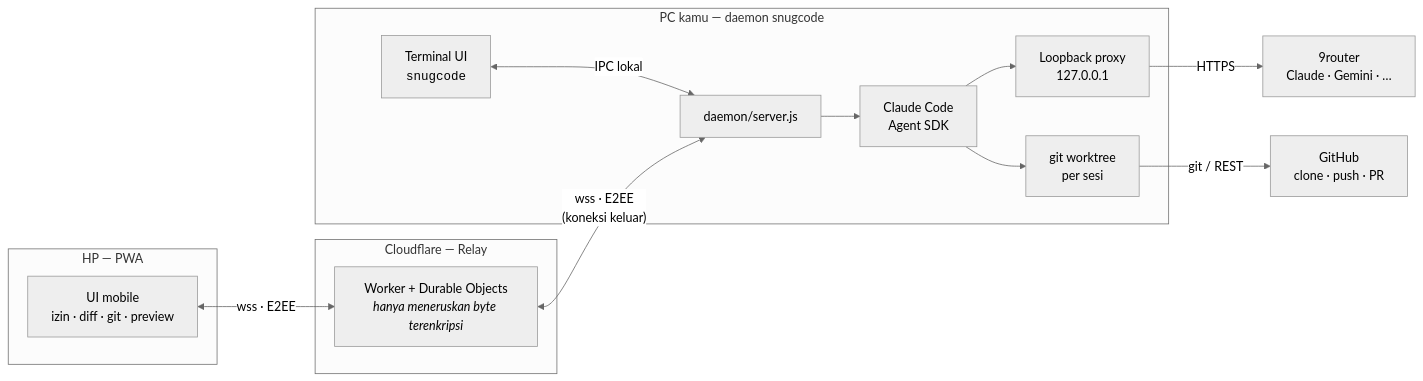
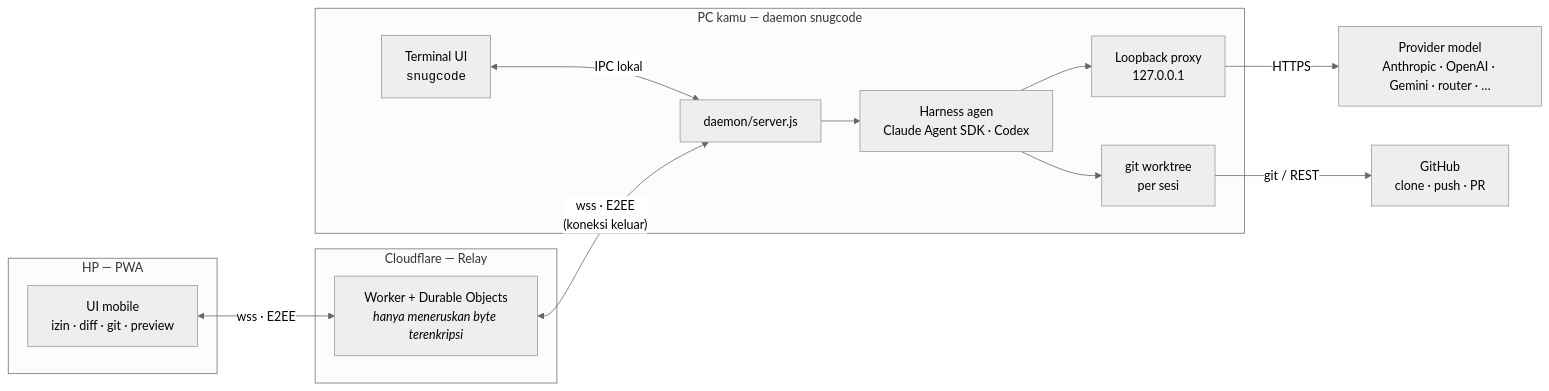
Before and after one commit to arfakaisar/snugcode: the first of 6 diagrams in README.md, drawn with Mermaid (neutral theme). The commit also changed other lines of this file and 5 other files, not shown here.

First line of the commit message:
feat: mode rencana Codex lewat profil read-only, dokumentasi koneksi multi-provider & engine

````diff
--- a/README.md
+++ b/README.md
@@ -229,29 +231,29 @@
 ```mermaid
 flowchart LR
     subgraph HP["HP — PWA"]
         UI["UI mobile<br/>izin · diff · git · preview"]
     end
 
     subgraph CF["Cloudflare — Relay"]
         R["Worker + Durable Objects<br/><i>hanya meneruskan byte terenkripsi</i>"]
     end
 
     subgraph PC["PC kamu — daemon snugcode"]
         D["daemon/server.js"]
-        A["Claude Code<br/>Agent SDK"]
+        A["Harness agen<br/>Claude Agent SDK · Codex"]
         P["Loopback proxy<br/>127.0.0.1"]
         W["git worktree<br/>per sesi"]
         T["Terminal UI<br/><code>snugcode</code>"]
         D --> A --> P
         A --> W
         T <-- IPC lokal --> D
     end
 
-    AI["9router<br/>Claude · Gemini · …"]
+    AI["Provider model<br/>Anthropic · OpenAI · Gemini · router · …"]
     GH["GitHub<br/>clone · push · PR"]
 
     UI <-- "wss · E2EE" --> R
     R <-- "wss · E2EE<br/>(koneksi keluar)" --> D
     P -- HTTPS --> AI
     W -- git / REST --> GH
 ```
````
